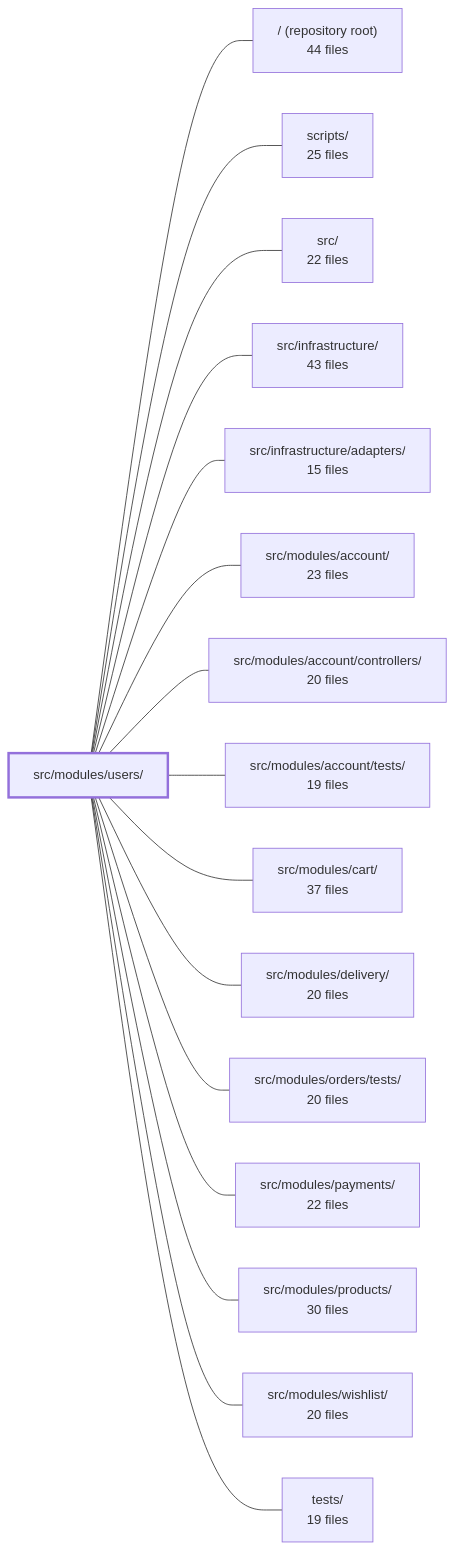
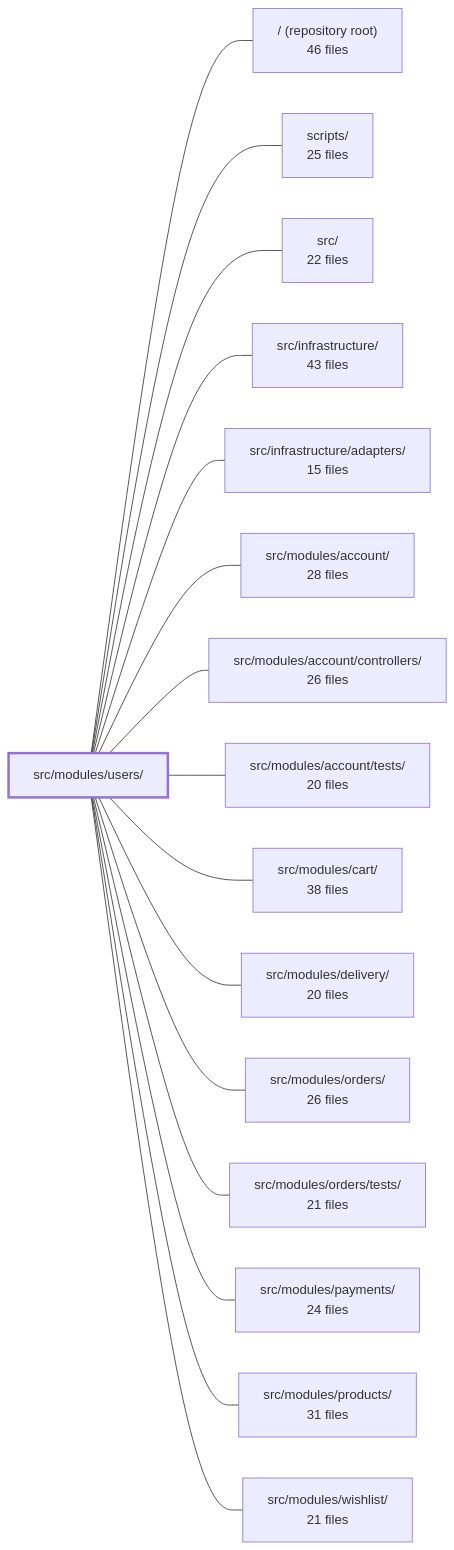
Before and after one commit to Guebbit/boilerplate-node-backend: the diagram in .2repo/modules/boilerplate-node-backend_src_modules_users.md, drawn with Mermaid. The commit also changed other lines of this file and 302 other files, not shown here.

First line of the commit message:
chore(2repo): refresh repo context, wiki, and architecture snapshots

````diff
--- a/.2repo/modules/boilerplate-node-backend_src_modules_users.md
+++ b/.2repo/modules/boilerplate-node-backend_src_modules_users.md
@@ -40,35 +41,35 @@
 ```mermaid
 flowchart LR
     m_src_modules_users["src/modules/users/"]
-    m_root["/ (repository root)<br/>44 files"]
+    m_root["/ (repository root)<br/>46 files"]
     m_scripts["scripts/<br/>25 files"]
     m_src["src/<br/>22 files"]
     m_src_infrastructure["src/infrastructure/<br/>43 files"]
     m_src_infrastructure_adapters["src/infrastructure/adapters/<br/>15 files"]
-    m_src_modules_account["src/modules/account/<br/>23 files"]
-    m_src_modules_account_controllers["src/modules/account/controllers/<br/>20 files"]
-    m_src_modules_account_tests["src/modules/account/tests/<br/>19 files"]
-    m_src_modules_cart["src/modules/cart/<br/>37 files"]
+    m_src_modules_account["src/modules/account/<br/>28 files"]
+    m_src_modules_account_controllers["src/modules/account/controllers/<br/>26 files"]
+    m_src_modules_account_tests["src/modules/account/tests/<br/>20 files"]
+    m_src_modules_cart["src/modules/cart/<br/>38 files"]
     m_src_modules_delivery["src/modules/delivery/<br/>20 files"]
-    m_src_modules_orders_tests["src/modules/orders/tests/<br/>20 files"]
-    m_src_modules_payments["src/modules/payments/<br/>22 files"]
-    m_src_modules_products["src/modules/products/<br/>30 files"]
-    m_src_modules_wishlist["src/modules/wishlist/<br/>20 files"]
-    m_tests["tests/<br/>19 files"]
+    m_src_modules_orders["src/modules/orders/<br/>26 files"]
+    m_src_modules_orders_tests["src/modules/orders/tests/<br/>21 files"]
+    m_src_modules_payments["src/modules/payments/<br/>24 files"]
+    m_src_modules_products["src/modules/products/<br/>31 files"]
+    m_src_modules_wishlist["src/modules/wishlist/<br/>21 files"]
     m_src_modules_users --- m_root
     m_src_modules_users --- m_scripts
     m_src_modules_users --- m_src
     m_src_modules_users --- m_src_infrastructure
     m_src_modules_users --- m_src_infrastructure_adapters
     m_src_modules_users --- m_src_modules_account
     m_src_modules_users --- m_src_modules_account_controllers
     m_src_modules_users --- m_src_modules_account_tests
     m_src_modules_users --- m_src_modules_cart
     m_src_modules_users --- m_src_modules_delivery
+    m_src_modules_users --- m_src_modules_orders
     m_src_modules_users --- m_src_modules_orders_tests
     m_src_modules_users --- m_src_modules_payments
     m_src_modules_users --- m_src_modules_products
     m_src_modules_users --- m_src_modules_wishlist
-    m_src_modules_users --- m_tests
     style m_src_modules_users stroke-width:3px
 ```
````
